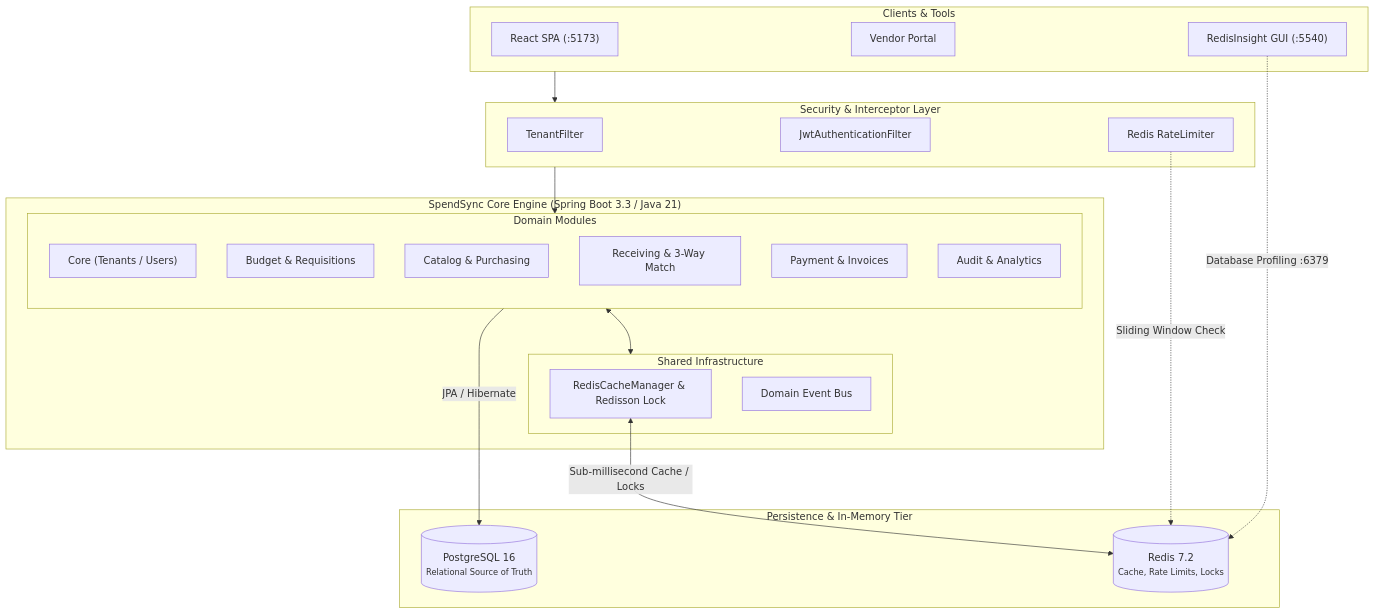
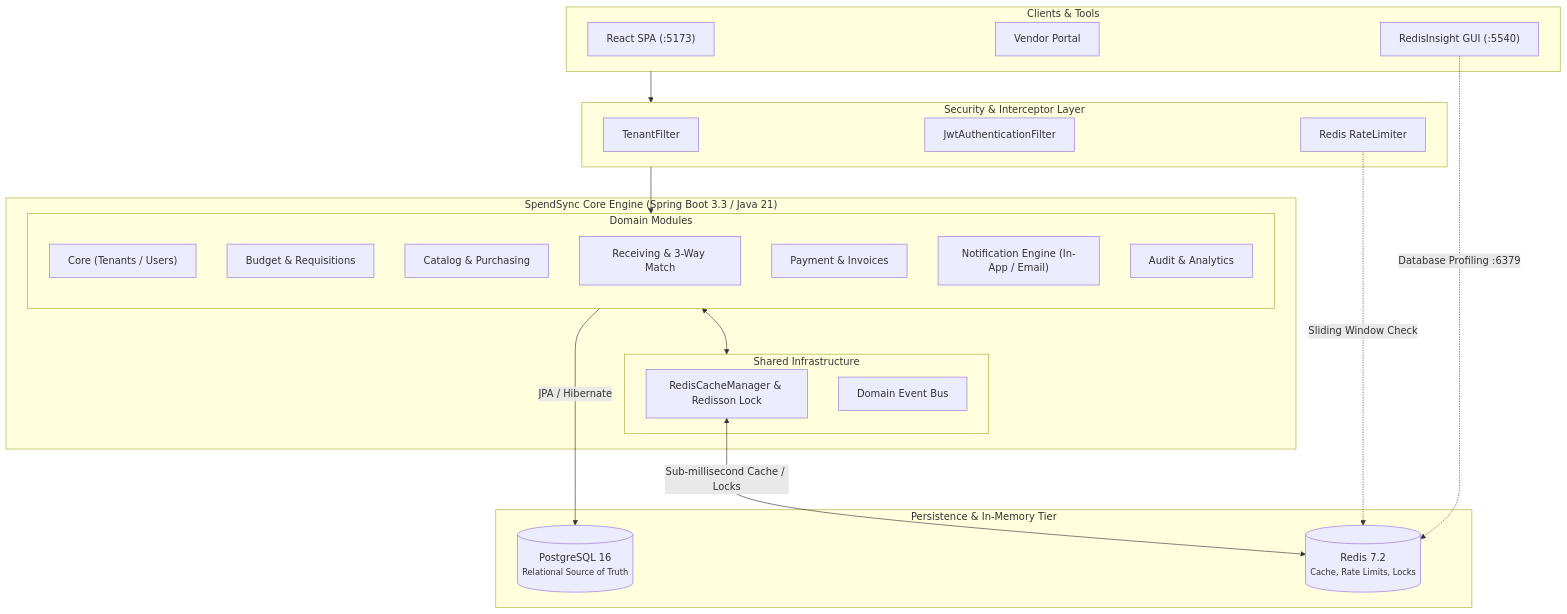
Before and after one commit to doguhanniltextra/spend-sync: the first of 2 diagrams in README.md, drawn with Mermaid. The commit also changed other lines of this file, not shown here.

Commit message:
docs(architecture): update README with notification engine and updated test metrics

````diff
--- a/README.md
+++ b/README.md
@@ -21,44 +21,45 @@
 ```mermaid
 graph TB
     subgraph Clients["Clients & Tools"]
         SPA["React SPA (:5173)"]
         VP["Vendor Portal"]
         INSIGHT["RedisInsight GUI (:5540)"]
     end
 
     subgraph Security["Security & Interceptor Layer"]
         TF["TenantFilter"]
         AUTH["JwtAuthenticationFilter"]
         RATE["Redis RateLimiter"]
     end
 
     subgraph Monolith["SpendSync Core Engine (Spring Boot 3.3 / Java 21)"]
         subgraph DomainModules["Domain Modules"]
             direction TB
             M_CORE["Core (Tenants / Users)"]
             M_BGT["Budget & Requisitions"]
             M_CAT["Catalog & Purchasing"]
             M_RCV["Receiving & 3-Way Match"]
             M_PAY["Payment & Invoices"]
+            M_NTF["Notification Engine (In-App / Email)"]
             M_GOV["Audit & Analytics"]
         end
 
         subgraph Infra["Shared Infrastructure"]
             CACHE_MGR["RedisCacheManager & Redisson Lock"]
             EVENT_BUS["Domain Event Bus"]
         end
     end
 
     subgraph Storage["Persistence & In-Memory Tier"]
         DB[("PostgreSQL 16<br/><small>Relational Source of Truth</small>")]
         REDIS[("Redis 7.2<br/><small>Cache, Rate Limits, Locks</small>")]
     end
 
     Clients --> Security
     Security --> DomainModules
     RATE -.->|Sliding Window Check| REDIS
     DomainModules <--> Infra
     DomainModules -->|JPA / Hibernate| DB
     CACHE_MGR <-->|Sub-millisecond Cache / Locks| REDIS
     INSIGHT -.->|Database Profiling :6379| REDIS
 ```
````
